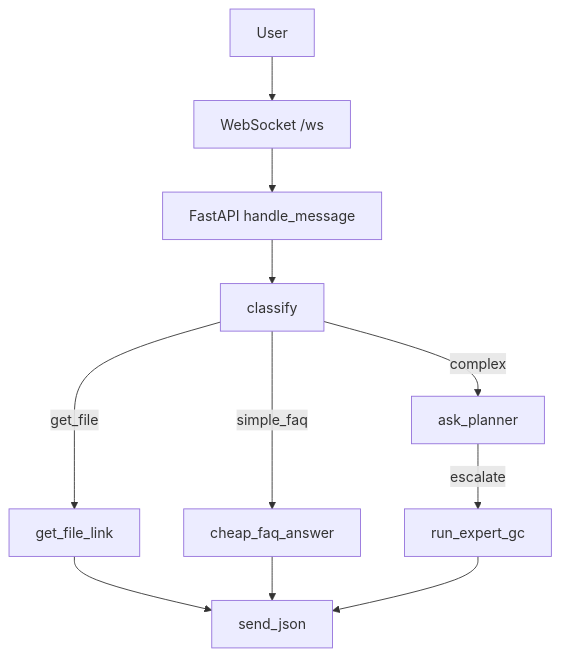
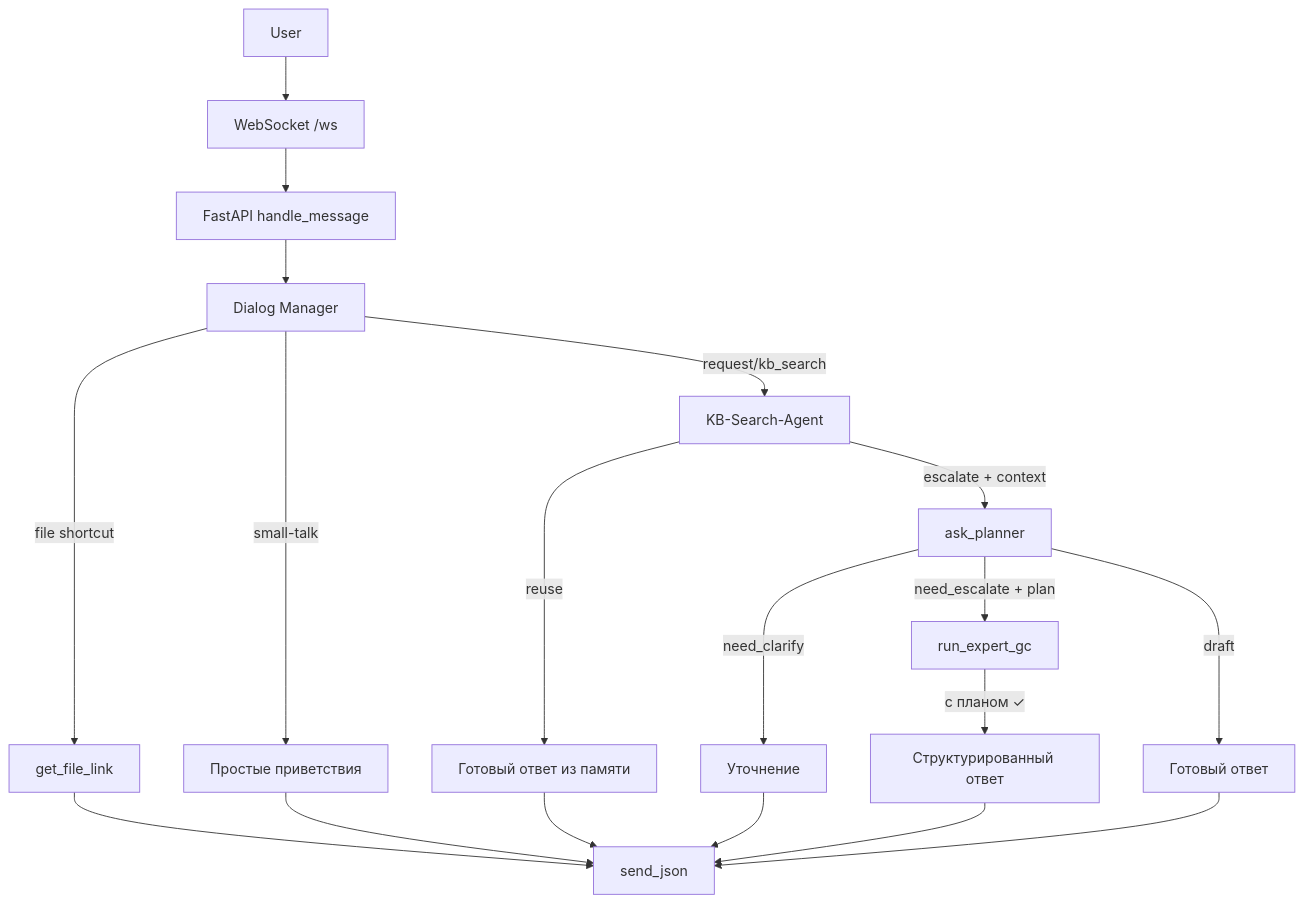
One commit to alexkapitanov/IB-Assistant-v2 changed the diagram in README.md. Above: the diagram before and after it, drawn with Mermaid. The commit also changed other lines of this file and 60 other files, not shown here.

````diff
--- a/README.md
+++ b/README.md
@@ -73,13 +73,21 @@
 ```mermaid
 flowchart TD
   U[User] --> WS[WebSocket /ws]
   WS --> API[FastAPI handle_message]
-  API --> Classify[classify]
-  Classify -->|get_file| FileRetrieval[get_file_link]
-  Classify -->|simple_faq| FAQ[cheap_faq_answer]
-  Classify -->|complex| Planner[ask_planner]
-  Planner -->|escalate| Expert[run_expert_gc]
+  API --> DM[Dialog Manager]
+  DM -->|small-talk| SmallTalk[Простые приветствия]
+  DM -->|file shortcut| FileRetrieval[get_file_link]
+  DM -->|request/kb_search| KBSearch[KB-Search-Agent]
+  KBSearch -->|reuse| ReuseAnswer[Готовый ответ из памяти]
+  KBSearch -->|escalate + context| Planner[ask_planner]
+  Planner -->|need_clarify| Clarify[Уточнение]
+  Planner -->|need_escalate + plan| Expert[run_expert_gc]
+  Planner -->|draft| Draft[Готовый ответ]
+  Expert -->|с планом ✓| ExpertAnswer[Структурированный ответ]
   FileRetrieval --> Response[send_json]
-  FAQ --> Response
-  Expert --> Response
+  SmallTalk --> Response
+  ReuseAnswer --> Response
+  Clarify --> Response
+  ExpertAnswer --> Response
+  Draft --> Response
 ```
````
